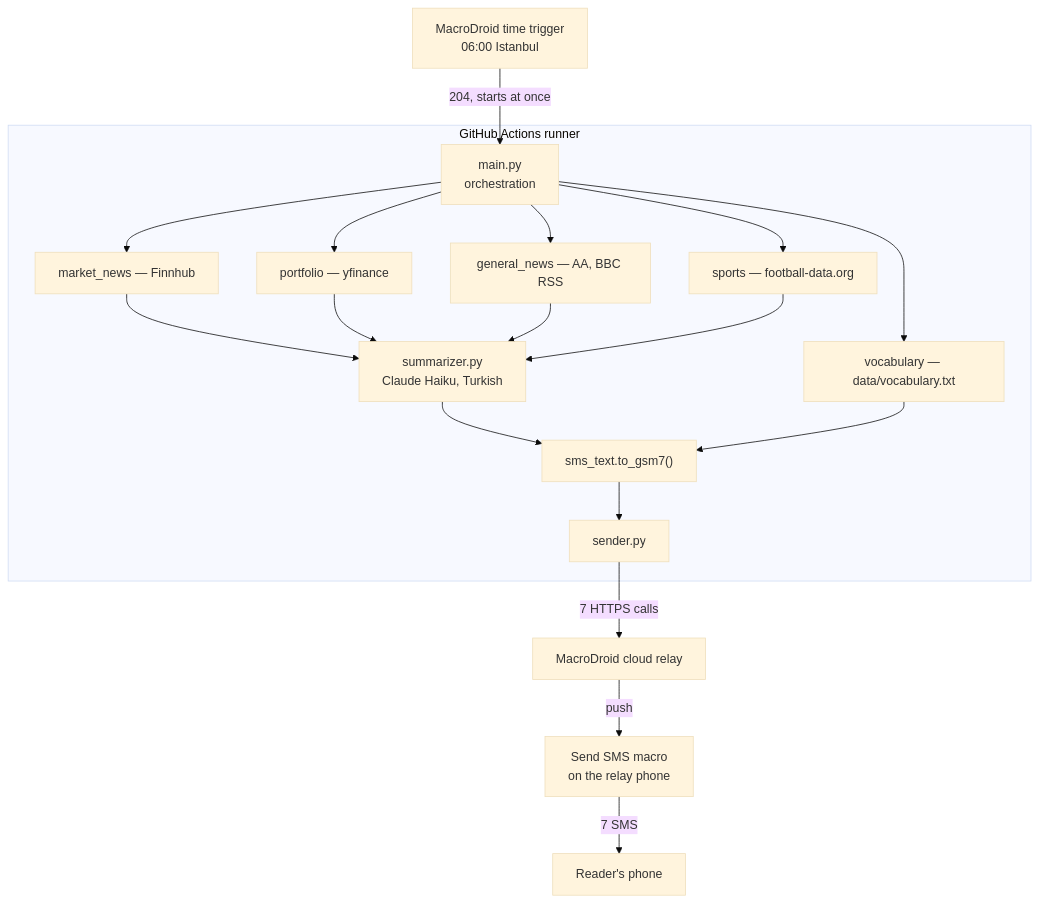
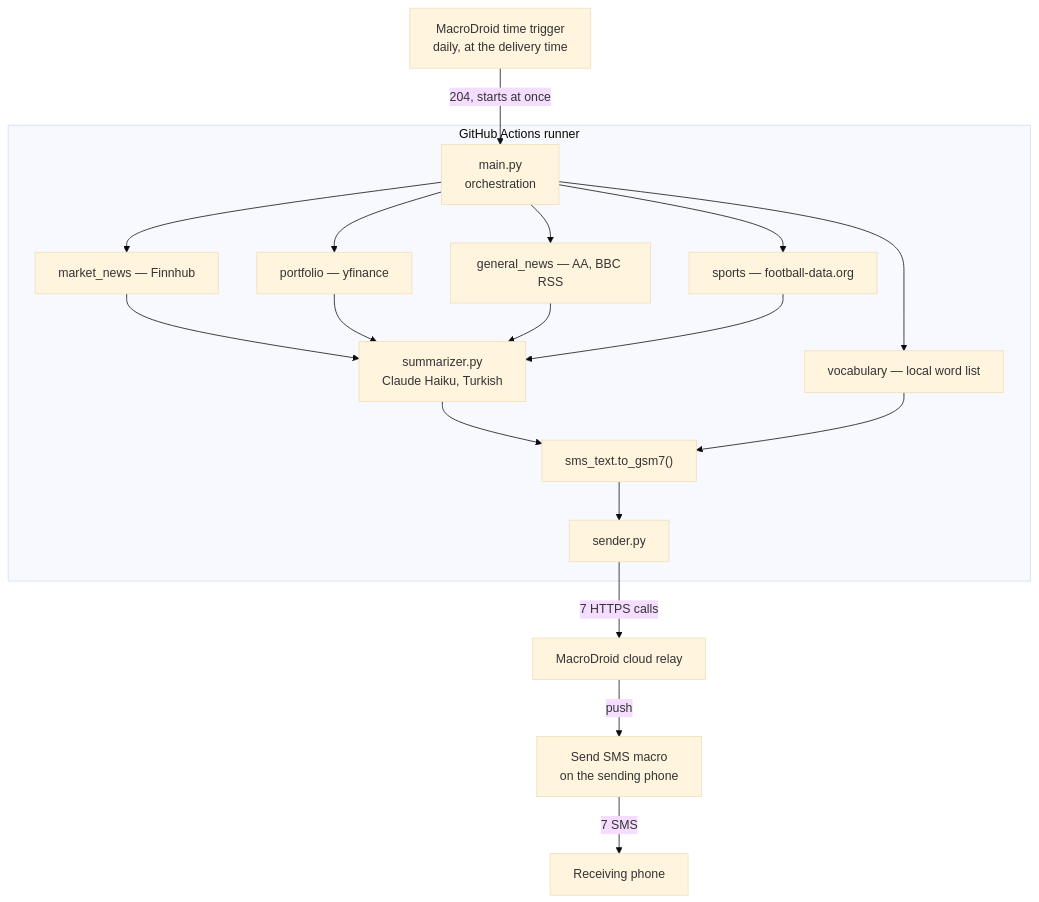
Before and after one commit to haktanonur/morning-wire: the second of 2 diagrams in docs/architecture.md, drawn with Mermaid (base theme). The commit also changed other lines of this file and 5 other files, not shown here.

````diff
--- a/docs/architecture.md
+++ b/docs/architecture.md
@@ -34,30 +34,30 @@
 ```mermaid
 flowchart TD
-    TRIG["MacroDroid time trigger<br/>06:00 Istanbul"]
+    TRIG["MacroDroid time trigger<br/>daily, at the delivery time"]
 
     subgraph RUN["GitHub Actions runner"]
         MAIN["main.py<br/>orchestration"]
         MKT["market_news — Finnhub"]
         PRT["portfolio — yfinance"]
         NWS["general_news — AA, BBC RSS"]
         SPT["sports — football-data.org"]
-        VOC["vocabulary — data/vocabulary.txt"]
+        VOC["vocabulary — local word list"]
         SUM["summarizer.py<br/>Claude Haiku, Turkish"]
         TXT["sms_text.to_gsm7()"]
         SND["sender.py"]
     end
 
     RELAY["MacroDroid cloud relay"]
-    MACRO["Send SMS macro<br/>on the relay phone"]
-    READER["Reader's phone"]
+    MACRO["Send SMS macro<br/>on the sending phone"]
+    READER["Receiving phone"]
 
     TRIG -->|"204, starts at once"| MAIN
     MAIN --> MKT & PRT & NWS & SPT & VOC
     MKT & PRT & NWS & SPT --> SUM
     SUM --> TXT
     VOC --> TXT
     TXT --> SND
     SND -->|"7 HTTPS calls"| RELAY
     RELAY -->|"push"| MACRO
     MACRO -->|"7 SMS"| READER
 ```
````
